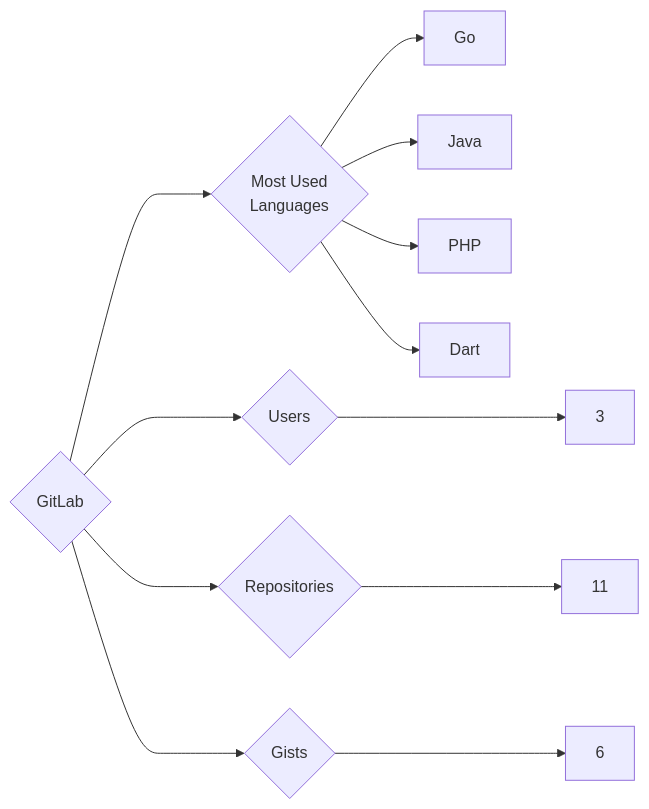
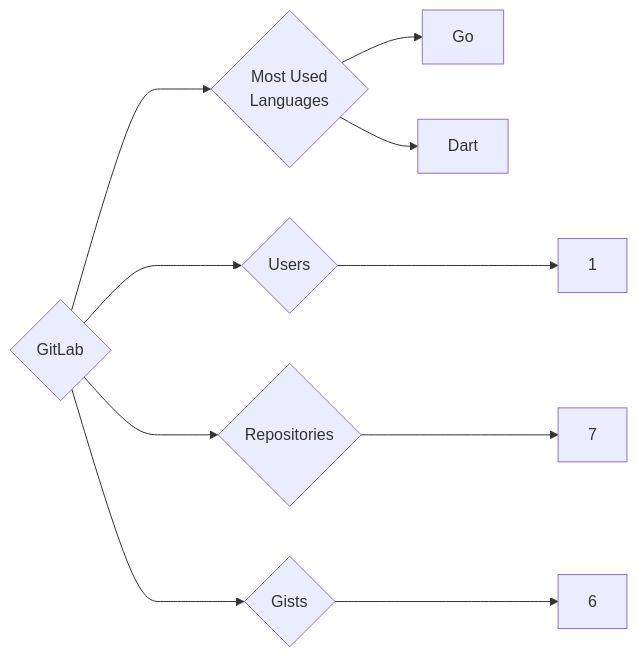
Before and after one commit to trickest/insiders: the diagram in targets/GitLab/README.md, drawn with Mermaid. The commit also changed 1007 other files, not shown here.

````diff
--- a/targets/GitLab/README.md
+++ b/targets/GitLab/README.md
@@ -3,12 +3,10 @@
 ```mermaid
 graph LR
 COMPANY_NAME{GitLab}
-COMPANY_NAME ---> U{Users} ---> UN[3]
-COMPANY_NAME ---> R{Repositories} ---> RN[11]
+COMPANY_NAME ---> U{Users} ---> UN[1]
+COMPANY_NAME ---> R{Repositories} ---> RN[7]
 COMPANY_NAME ---> G{Gists} ---> GN[6]
 COMPANY_NAME ---> ML{Most Used<br>Languages}
 ML --> Go[Go]
-ML --> Java[Java]
-ML --> PHP[PHP]
 ML --> Dart[Dart]
 ```
````
